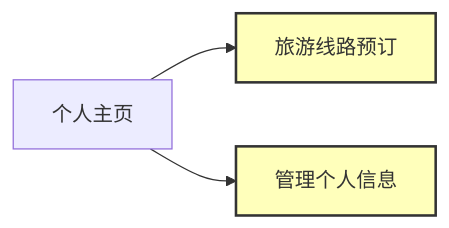
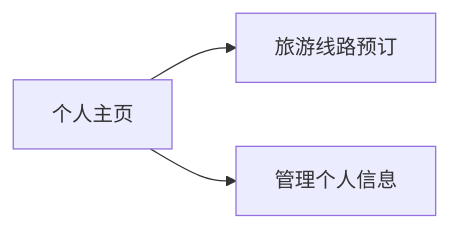
One commit to FirmamentWu/java- changed the fifth of 16 diagrams in README.md. Above: the diagram before and after it, drawn with Mermaid. The commit also changed other lines of this file, not shown here.

````diff
--- a/README.md
+++ b/README.md
@@ -213,7 +213,5 @@
 ```mermaid
 graph LR
     A[个人主页] --> B[旅游线路预订]
     A --> C[管理个人信息]
-    style B fill:#ffb,stroke:#333,stroke-width:2px;
-    style C fill:#ffb,stroke:#333,stroke-width:2px;
 ```
````
